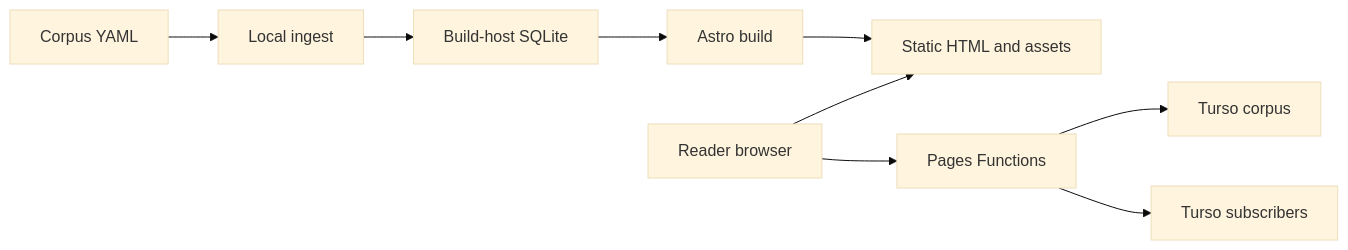
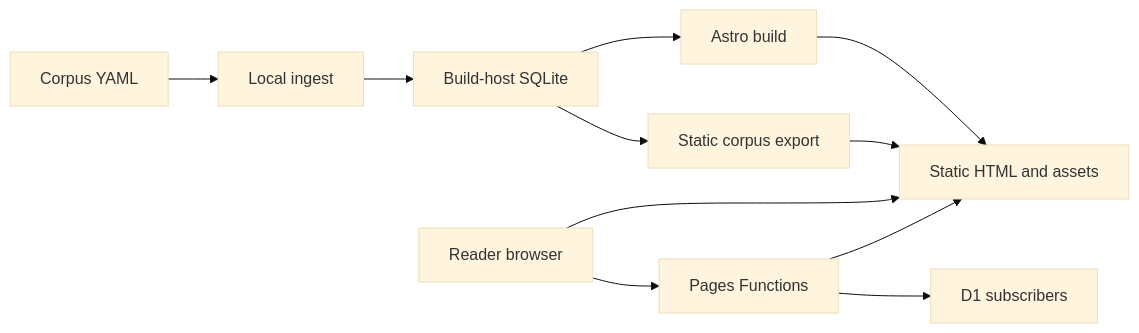
The diagram in docs/WEB-DELIVERY-AND-EDGE.md (dannyb66/sohamhamso), drawn with Mermaid (base theme) before and after one commit. The commit also changed other lines of this file and 60 other files, not shown here.

````diff
--- a/docs/WEB-DELIVERY-AND-EDGE.md
+++ b/docs/WEB-DELIVERY-AND-EDGE.md
@@ -20,11 +23,13 @@
 ```mermaid
 flowchart LR
   YAML[Corpus YAML] --> Ingest[Local ingest]
   Ingest --> SQLite[Build-host SQLite]
   SQLite --> Build[Astro build]
   Build --> Static[Static HTML and assets]
+  SQLite --> Export[Static corpus export]
+  Export --> Static
   Browser[Reader browser] --> Static
   Browser --> Worker[Pages Functions]
-  Worker --> Corpus[Turso corpus]
-  Worker --> PII[Turso subscribers]
+  Worker --> Static
+  Worker --> PII[D1 subscribers]
 ```
````
